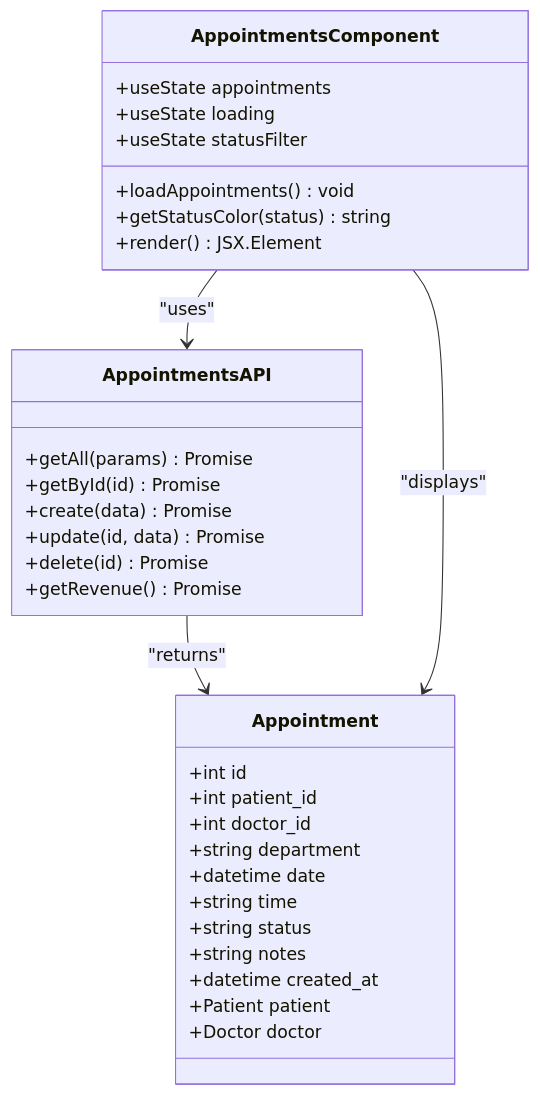
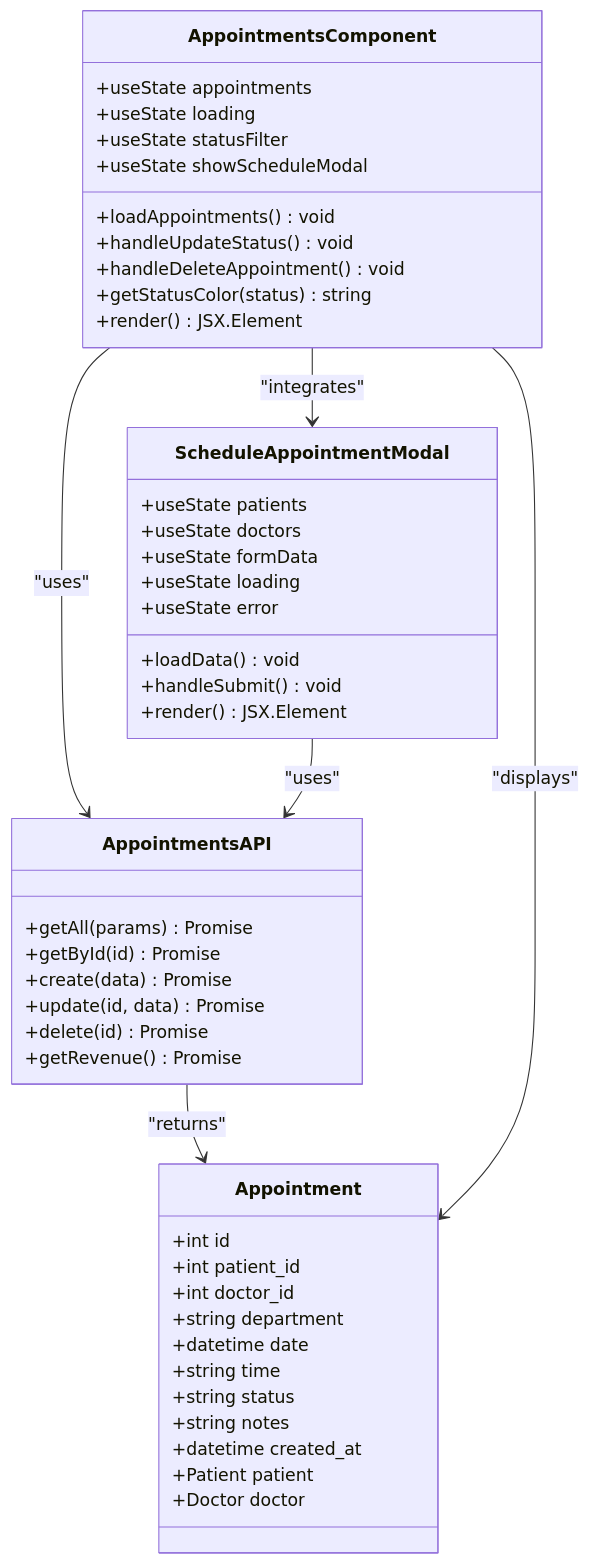
The fifth of 8 diagrams in .qoder/repowiki/en/content/Frontend Component Architecture/Appointments Component.md (kasliwalsarthak7972/smart-healthcare-dashboard), drawn with Mermaid before and after one commit. The commit also changed other lines of this file and 7 other files, not shown here.

````diff
--- a/.qoder/repowiki/en/content/Frontend Component Architecture/Appointments Component.md
+++ b/.qoder/repowiki/en/content/Frontend Component Architecture/Appointments Component.md
@@ -269,35 +319,50 @@
 ```mermaid
 classDiagram
 class AppointmentsComponent {
 +useState appointments
 +useState loading
 +useState statusFilter
++useState showScheduleModal
 +loadAppointments() void
++handleUpdateStatus() void
++handleDeleteAppointment() void
 +getStatusColor(status) string
++render() JSX.Element
+}
+class ScheduleAppointmentModal {
++useState patients
++useState doctors
++useState formData
++useState loading
++useState error
++loadData() void
++handleSubmit() void
 +render() JSX.Element
 }
 class AppointmentsAPI {
 +getAll(params) Promise
 +getById(id) Promise
 +create(data) Promise
 +update(id, data) Promise
 +delete(id) Promise
 +getRevenue() Promise
 }
 class Appointment {
 +int id
 +int patient_id
 +int doctor_id
 +string department
 +datetime date
 +string time
 +string status
 +string notes
 +datetime created_at
 +Patient patient
 +Doctor doctor
 }
 AppointmentsComponent --> AppointmentsAPI : "uses"
+AppointmentsComponent --> ScheduleAppointmentModal : "integrates"
+ScheduleAppointmentModal --> AppointmentsAPI : "uses"
 AppointmentsAPI --> Appointment : "returns"
 AppointmentsComponent --> Appointment : "displays"
 ```
````
